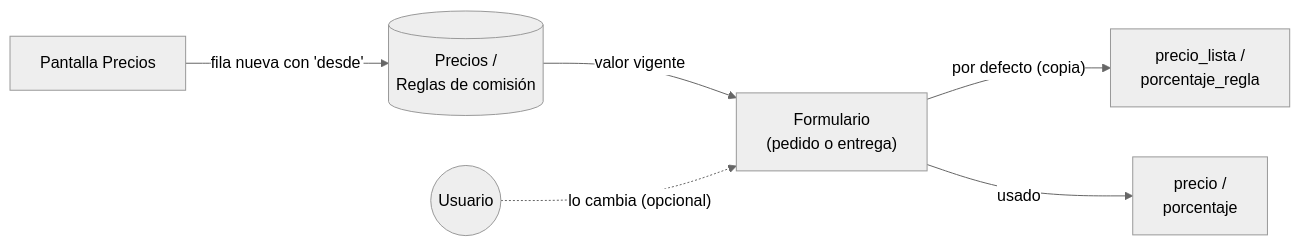
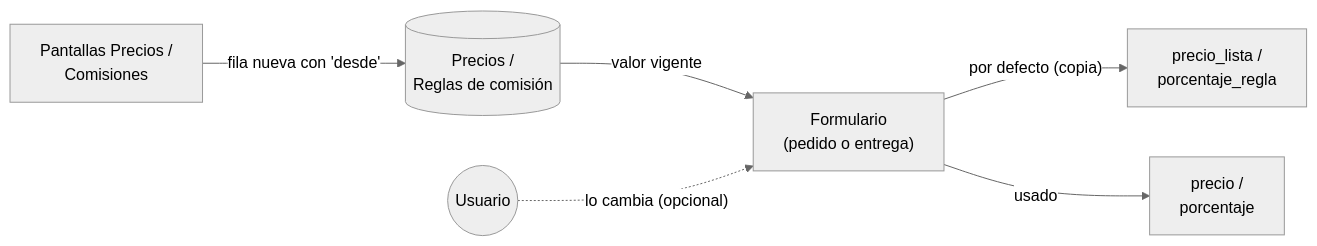
Before and after one commit to magalipujol/ERPeq: the third of 13 diagrams in spec/modelo-de-datos.md, drawn with Mermaid (neutral theme). The commit also changed other lines of this file and 11 other files, not shown here.

Commit message:
separar la pantalla Precios en Precios (y envíos), Costos y Comisiones

````diff
--- a/spec/modelo-de-datos.md
+++ b/spec/modelo-de-datos.md
@@ -416,8 +416,8 @@
 ```mermaid
 flowchart LR
     T[("Precios /<br/>Reglas de comisión")] -- "valor vigente" --> F["Formulario<br/>(pedido o entrega)"]
     U((Usuario)) -. "lo cambia (opcional)" .-> F
     F -- "por defecto (copia)" --> D["precio_lista /<br/>porcentaje_regla"]
     F -- "usado" --> V["precio /<br/>porcentaje"]
-    P["Pantalla Precios"] -- "fila nueva con 'desde'" --> T
+    P["Pantallas Precios /<br/>Comisiones"] -- "fila nueva con 'desde'" --> T
 ```
````
